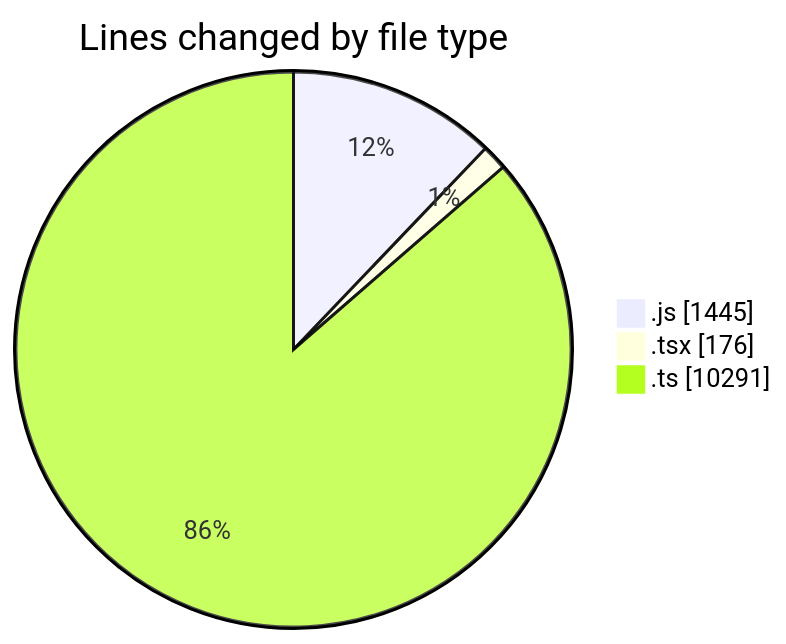
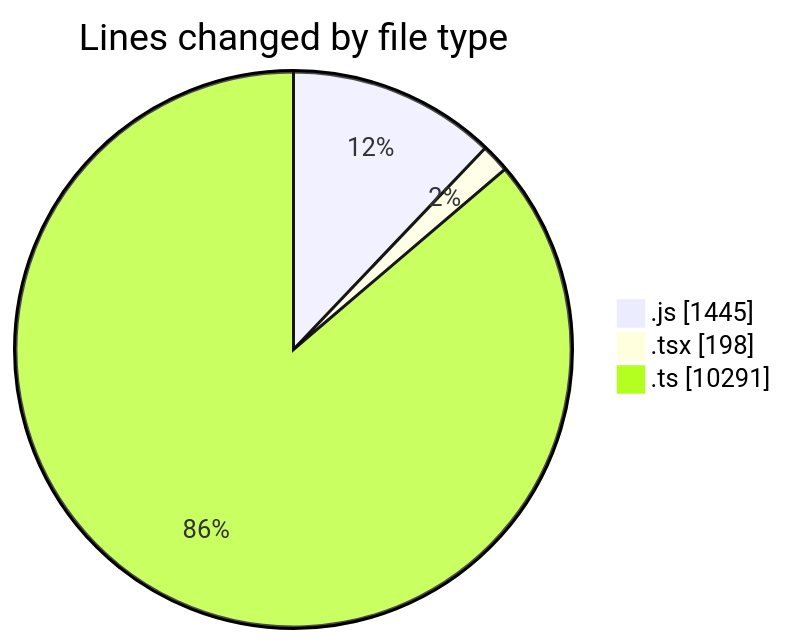
Before and after one commit to momahboobian/code-tracking: the first of 2 diagrams in 2025-03-13/cda/README.md, drawn with Mermaid. The commit also changed other lines of this file and 1 other file, not shown here.

````diff
--- a/2025-03-13/cda/README.md
+++ b/2025-03-13/cda/README.md
@@ -32,7 +32,7 @@
 ```mermaid
 pie showData
 title Lines changed by file type
 ".js" : 1445
-".tsx" : 176
+".tsx" : 198
 ".ts" : 10291
 ```
````
